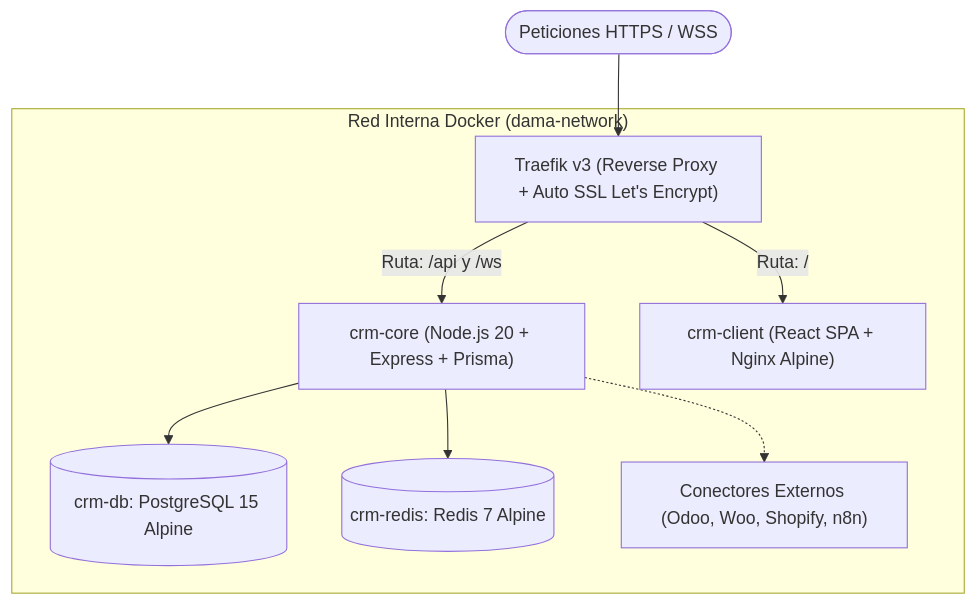
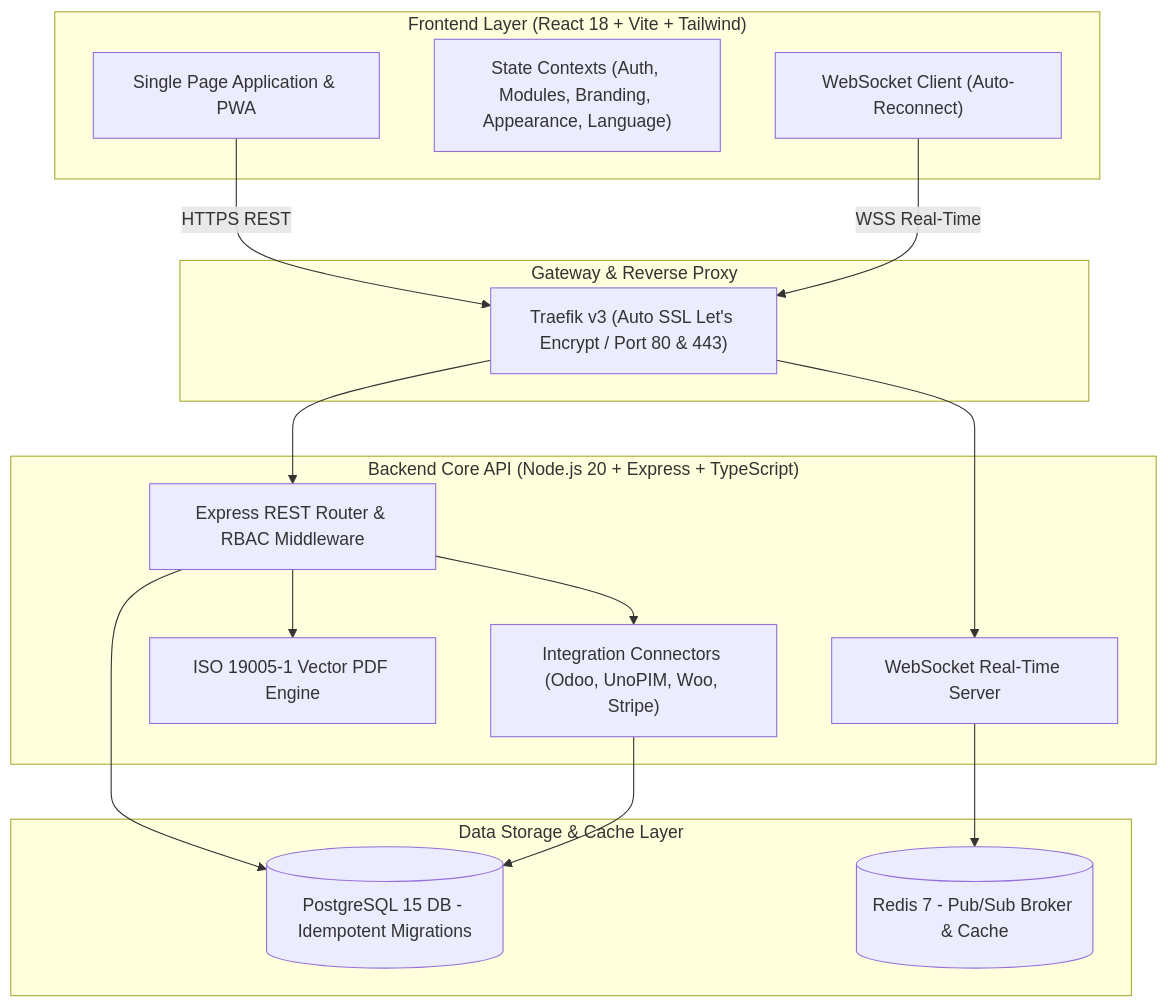
Before and after one commit to Ignaciobrenas/DAMA-CRM: the diagram in README.md, drawn with Mermaid. The commit also changed other lines of this file and 15 other files, not shown here.

````diff
--- a/README.md
+++ b/README.md
@@ -134,13 +153,34 @@
 ```mermaid
 flowchart TD
-    Internet([Peticiones HTTPS / WSS]) --> Traefik["Traefik v3 (Reverse Proxy + Auto SSL Let's Encrypt)"]
-    
-    subgraph "Red Interna Docker (dama-network)"
-        Traefik -->|Ruta: /api y /ws| CoreAPI["crm-core (Node.js 20 + Express + Prisma)"]
-        Traefik -->|Ruta: /| ClientApp["crm-client (React SPA + Nginx Alpine)"]
-        
-        CoreAPI --> DB[(crm-db: PostgreSQL 15 Alpine)]
-        CoreAPI --> RedisBroker[(crm-redis: Redis 7 Alpine)]
-        CoreAPI -.-> Webhooks["Conectores Externos (Odoo, Woo, Shopify, n8n)"]
+    subgraph "Frontend Layer (React 18 + Vite + Tailwind)"
+        SPA["Single Page Application & PWA"]
+        Contexts["State Contexts (Auth, Modules, Branding, Appearance, Language)"]
+        WSClient["WebSocket Client (Auto-Reconnect)"]
     end
+
+    subgraph "Gateway & Reverse Proxy"
+        Traefik["Traefik v3 (Auto SSL Let's Encrypt / Port 80 & 443)"]
+    end
+
+    subgraph "Backend Core API (Node.js 20 + Express + TypeScript)"
+        Router["Express REST Router & RBAC Middleware"]
+        WSServer["WebSocket Real-Time Server"]
+        PDFGen["ISO 19005-1 Vector PDF Engine"]
+        SyncEngine["Integration Connectors (Odoo, UnoPIM, Woo, Stripe)"]
+    end
+
+    subgraph "Data Storage & Cache Layer"
+        Postgres[(PostgreSQL 15 DB - Idempotent Migrations)]
+        RedisCache[(Redis 7 - Pub/Sub Broker & Cache)]
+    end
+
+    SPA -->|HTTPS REST| Traefik
+    WSClient -->|WSS Real-Time| Traefik
+    Traefik --> Router
+    Traefik --> WSServer
+    Router --> SyncEngine
+    Router --> PDFGen
+    Router --> Postgres
+    WSServer --> RedisCache
+    SyncEngine --> Postgres
 ```
````
